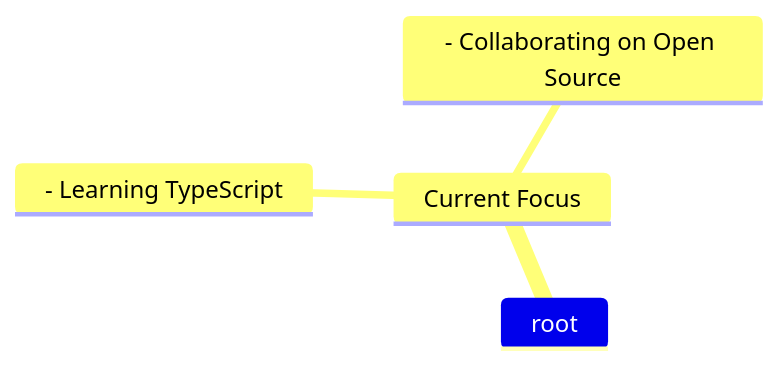
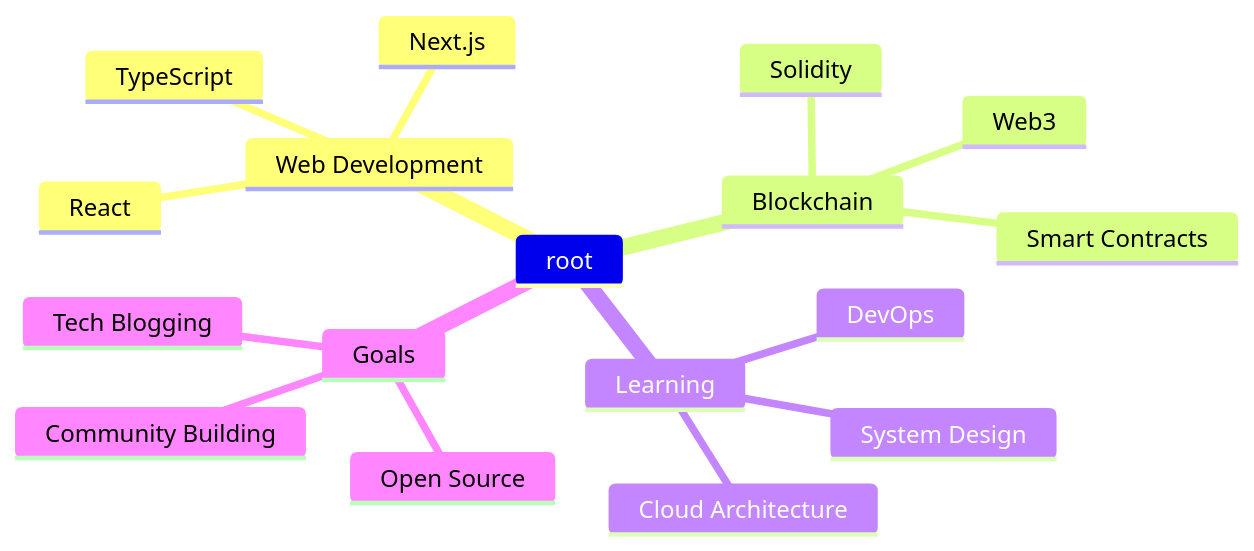
The diagram in README.md (ahmadparizaad/ahmadparizaad), drawn with Mermaid before and after one commit. The commit also changed other lines of this file, not shown here.

````diff
--- a/README.md
+++ b/README.md
@@ -95,7 +102,20 @@
 ```mermaid
 mindmap
   root
-    Current Focus
-      - Learning TypeScript
-      - Collaborating on Open Source
+    Web Development
+      Next.js
+      React
+      TypeScript
+    Blockchain
+      Solidity
+      Smart Contracts
+      Web3
+    Learning
+      System Design
+      Cloud Architecture
+      DevOps
+    Goals
+      Open Source
+      Tech Blogging
+      Community Building
 ```
````
